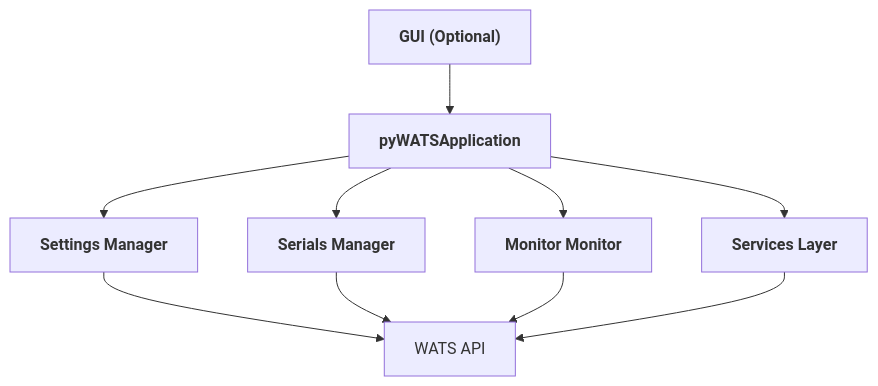
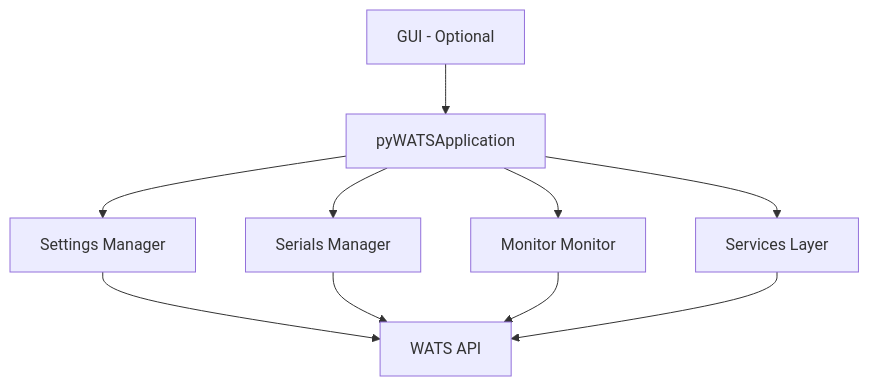
One commit to olreppe/pyWATS changed the diagram in docs/reference/quick-reference.md. Above: the diagram before and after it, drawn with Mermaid. The commit also changed 3 other files, not shown here.

First line of the commit message:
Fix Mermaid syntax - remove HTML tags for better compatibility

````diff
--- a/docs/reference/quick-reference.md
+++ b/docs/reference/quick-reference.md
@@ -128,17 +128,17 @@
 ```mermaid
 flowchart TD
-    GUI["<b>GUI (Optional)</b>"]
-    App["<b>pyWATSApplication</b>"]
+    GUI["GUI - Optional"]
+    App["pyWATSApplication"]
     
     GUI --> App
     
-    App --> Settings["<b>Settings Manager</b>"]
-    App --> Serials["<b>Serials Manager</b>"]
-    App --> Monitor["<b>Monitor Monitor</b>"]
-    App --> Services["<b>Services Layer</b>"]
+    App --> Settings["Settings Manager"]
+    App --> Serials["Serials Manager"]
+    App --> Monitor["Monitor Monitor"]
+    App --> Services["Services Layer"]
     
     Settings --> WATS[WATS API]
     Serials --> WATS
     Monitor --> WATS
     Services --> WATS
 ```
````
